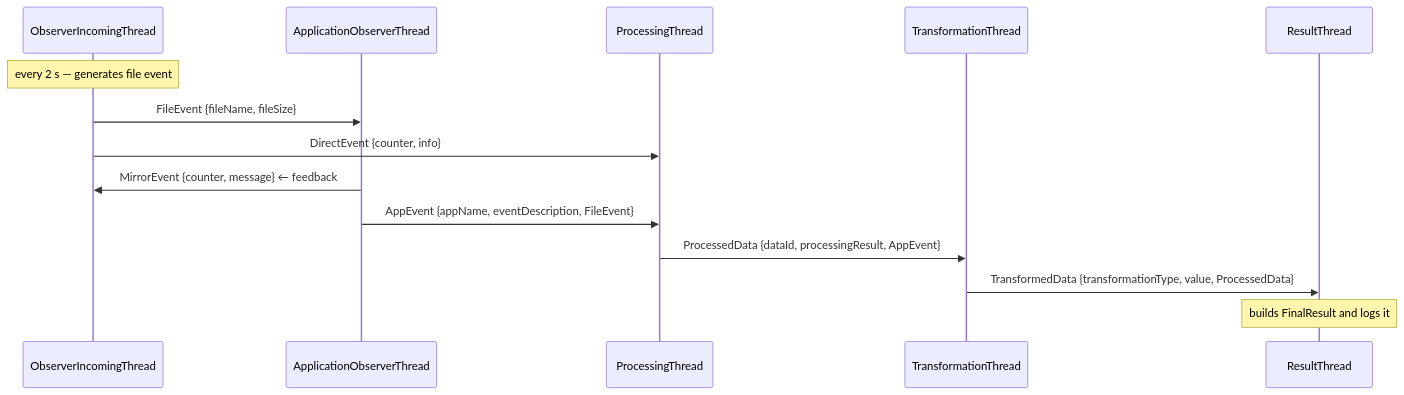
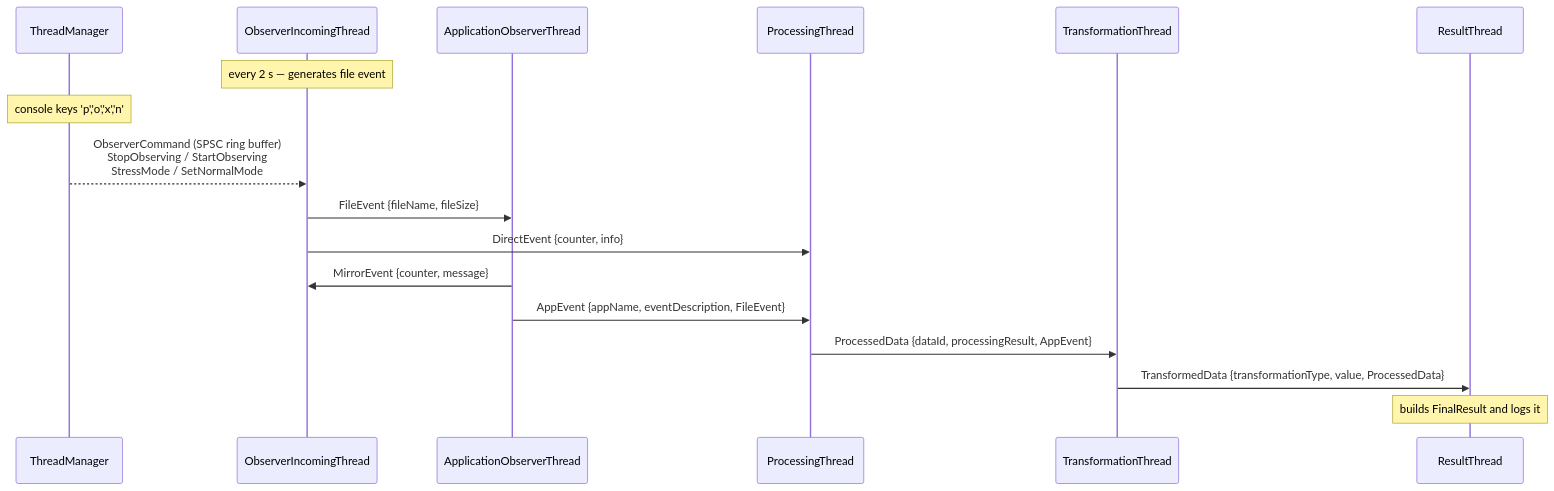
The first of 2 diagrams in README.md (alexcvc/boilerplate-thread-messaging), drawn with Mermaid before and after one commit. The commit also changed other lines of this file and 6 other files, not shown here.

First line of the commit message:
Add task test and memory utilities, enhance observer thread with command buffer

````diff
--- a/README.md
+++ b/README.md
@@ -39,22 +113,26 @@
 ```mermaid
 sequenceDiagram
+    participant TM as ThreadManager
     participant OI as ObserverIncomingThread
     participant AO as ApplicationObserverThread
     participant PT as ProcessingThread
     participant TT as TransformationThread
     participant RT as ResultThread
 
     Note over OI: every 2 s — generates file event
+    Note over TM: console keys 'p','o','x','n'
+
+    TM-->>OI: ObserverCommand (SPSC ring buffer)<br/>StopObserving / StartObserving<br/>StressMode / SetNormalMode
 
     OI->>AO: FileEvent {fileName, fileSize}
     OI->>PT: DirectEvent {counter, info}
 
-    AO->>OI: MirrorEvent {counter, message}  ← feedback
+    AO->>OI: MirrorEvent {counter, message}
     AO->>PT: AppEvent {appName, eventDescription, FileEvent}
 
     PT->>TT: ProcessedData {dataId, processingResult, AppEvent}
 
     TT->>RT: TransformedData {transformationType, value, ProcessedData}
 
     Note over RT: builds FinalResult and logs it
 ```
````
